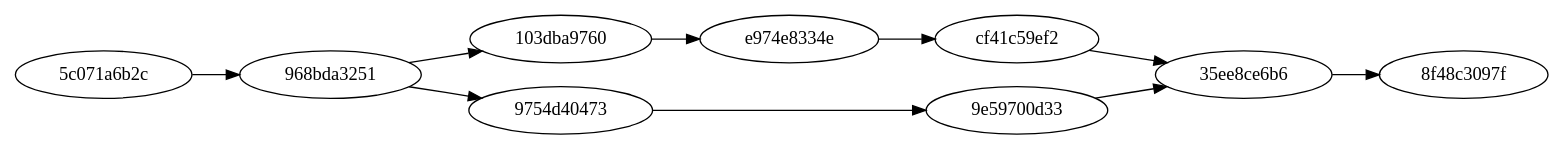
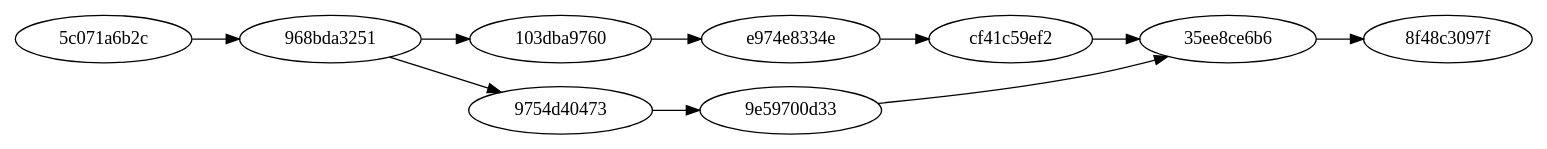
The diagram in diappositives/dag/branchement.dot (blackheaven/git-intro-if), drawn with Graphviz before and after one commit. The commit also changed 23 other files, not shown here.

Commit message:
Renommage et réarrangement des graphes.

```diff
--- a/diappositives/dag/branchement.dot
+++ b/diappositives/dag/branchement.dot
@@ -1,6 +1,14 @@
-digraph G
+digraph "Branchement et fusion"
 {
     rankdir=LR;
-    "5c071a6b2c" -> "968bda3251"                                                 -> "103dba9760" -> "e974e8334e" -> "cf41c59ef2" -> "35ee8ce6b6" -> "8f48c3097f";
-                    "968bda3251" -> "9754d40473" -> "9e59700d33"                                                                 -> "35ee8ce6b6"                ;
+    subgraph master
+    {
+        "5c071a6b2c" -> "968bda3251" -> "103dba9760" -> "e974e8334e" -> "cf41c59ef2" -> "35ee8ce6b6" -> "8f48c3097f";
+    }
+    subgraph master
+    {
+        "968bda3251" -> "9754d40473" [weight=0];
+        "9e59700d33" -> "35ee8ce6b6" [weight=0];
+        "9754d40473" -> "9e59700d33";
+    }
 }
```
